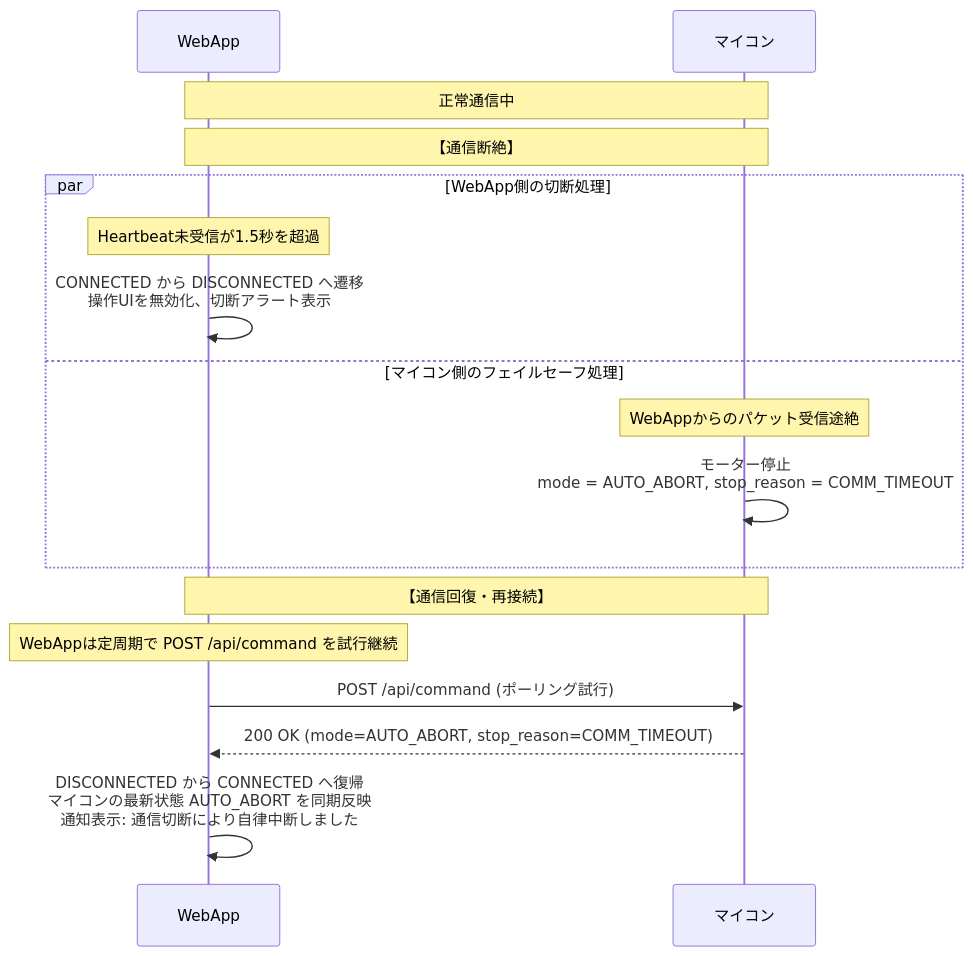
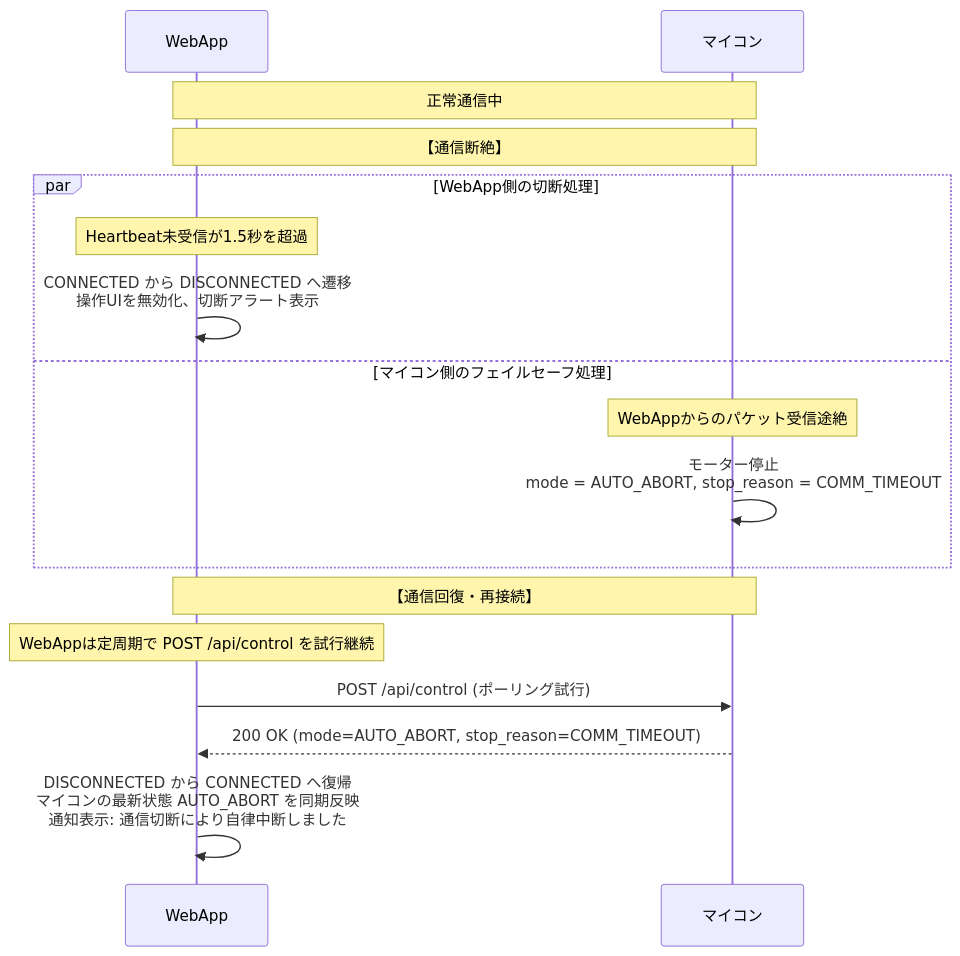
One commit to tut-cc/tron-2026-autonomous-driving changed the seventh of 7 diagrams in M85Web/Application/mini-4wd-webapp/docs/sequences.md. Above: the diagram before and after it, drawn with Mermaid. The commit also changed other lines of this file and 28 other files, not shown here.

````diff
--- a/M85Web/Application/mini-4wd-webapp/docs/sequences.md
+++ b/M85Web/Application/mini-4wd-webapp/docs/sequences.md
@@ -227,24 +227,24 @@
 ```mermaid
 sequenceDiagram
     participant W as WebApp
     participant M as マイコン
 
     Note over W, M: 正常通信中
 
     Note over W, M: 【通信断絶】
 
     par WebApp側の切断処理
         Note over W: Heartbeat未受信が1.5秒を超過
         W->>W: CONNECTED から DISCONNECTED へ遷移<br/>操作UIを無効化、切断アラート表示
     and マイコン側のフェイルセーフ処理
         Note over M: WebAppからのパケット受信途絶
         M->>M: モーター停止<br/>mode = AUTO_ABORT, stop_reason = COMM_TIMEOUT
     end
 
     Note over W, M: 【通信回復・再接続】
-    Note over W: WebAppは定周期で POST /api/command を試行継続
+    Note over W: WebAppは定周期で POST /api/control を試行継続
 
-    W->>M: POST /api/command (ポーリング試行)
+    W->>M: POST /api/control (ポーリング試行)
     M-->>W: 200 OK (mode=AUTO_ABORT, stop_reason=COMM_TIMEOUT)
     W->>W: DISCONNECTED から CONNECTED へ復帰<br/>マイコンの最新状態 AUTO_ABORT を同期反映<br/>通知表示: 通信切断により自律中断しました
 ```
````
